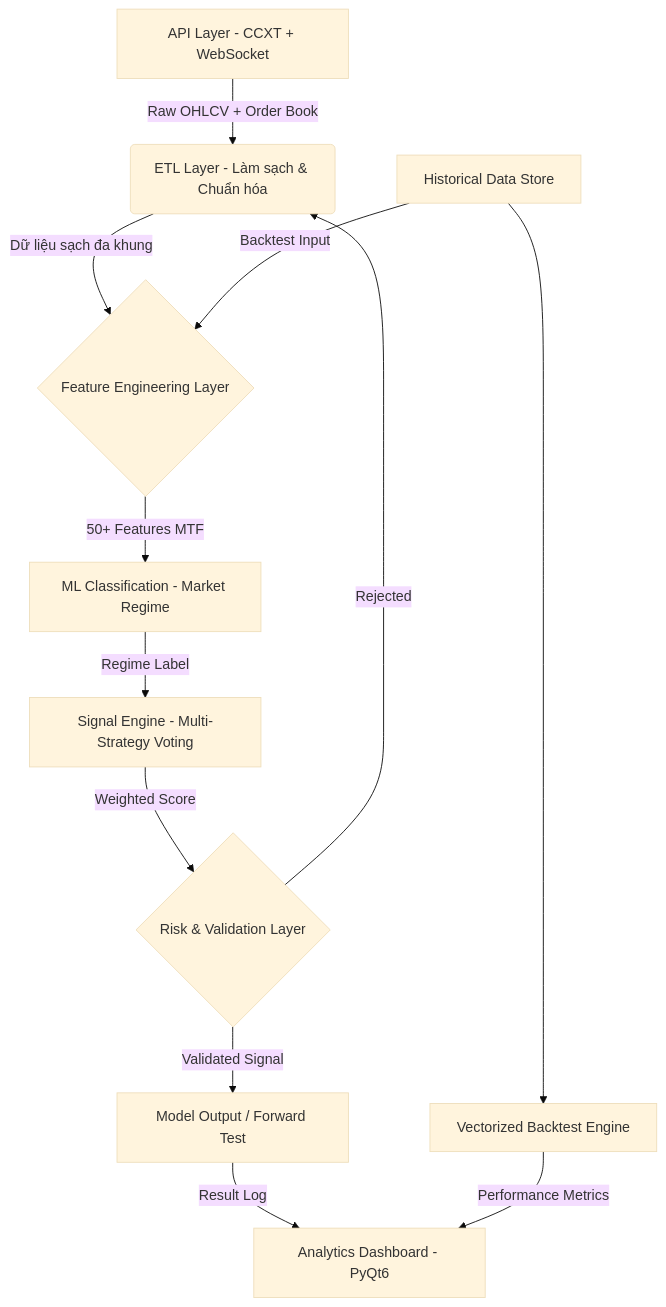
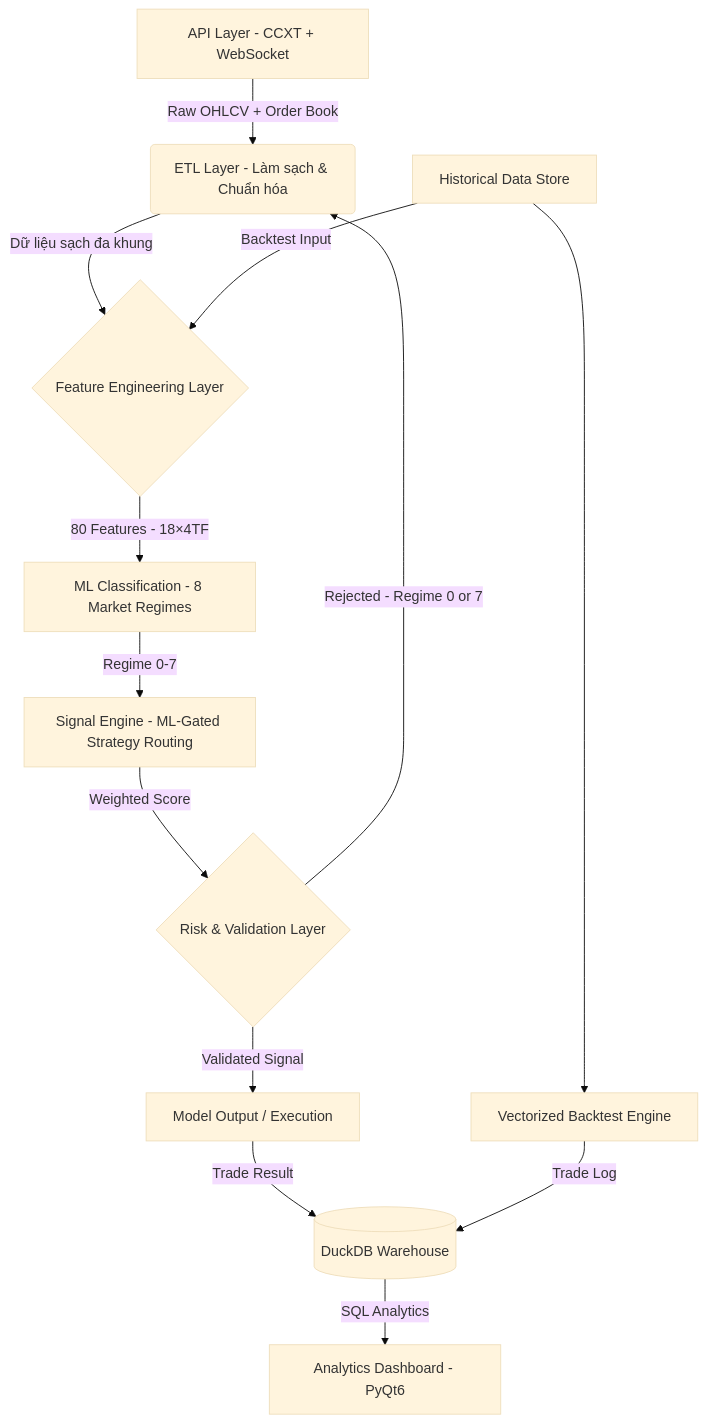
One commit to ritdexHQ/Kairos-v2 changed the diagram in README.md. Above: the diagram before and after it, drawn with Mermaid (base theme). The commit also changed other lines of this file and 24 other files, not shown here.

````diff
--- a/README.md
+++ b/README.md
@@ -164,15 +176,16 @@
 ```mermaid
 graph TD
     A[API Layer - CCXT + WebSocket] -->|Raw OHLCV + Order Book| B(ETL Layer - Làm sạch & Chuẩn hóa)
     B -->|Dữ liệu sạch đa khung| C{Feature Engineering Layer}
-    C -->|50+ Features MTF| D[ML Classification - Market Regime]
-    D -->|Regime Label| E[Signal Engine - Multi-Strategy Voting]
+    C -->|80 Features - 18×4TF| D[ML Classification - 8 Market Regimes]
+    D -->|Regime 0-7| E[Signal Engine - ML-Gated Strategy Routing]
     E -->|Weighted Score| F{Risk & Validation Layer}
-    F -->|Validated Signal| G[Model Output / Forward Test]
-    F -->|Rejected| B
-    G -->|Result Log| H[Analytics Dashboard - PyQt6]
+    F -->|Validated Signal| G[Model Output / Execution]
+    F -->|Rejected - Regime 0 or 7| B
+    G -->|Trade Result| K[(DuckDB Warehouse)]
+    K -->|SQL Analytics| H[Analytics Dashboard - PyQt6]
 
     I[Historical Data Store] -->|Backtest Input| C
     I --> J[Vectorized Backtest Engine]
-    J -->|Performance Metrics| H
+    J -->|Trade Log| K
 ```
````
